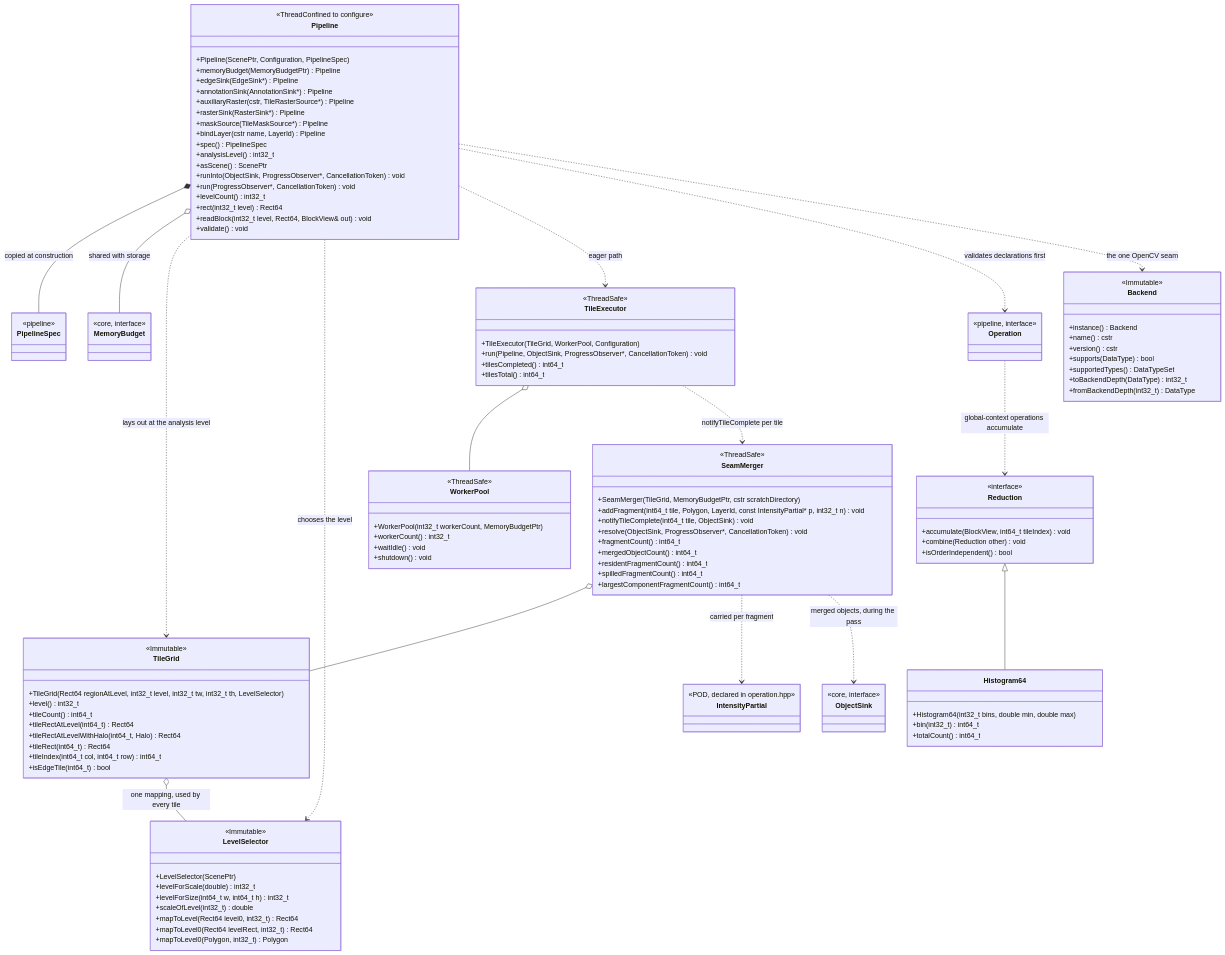
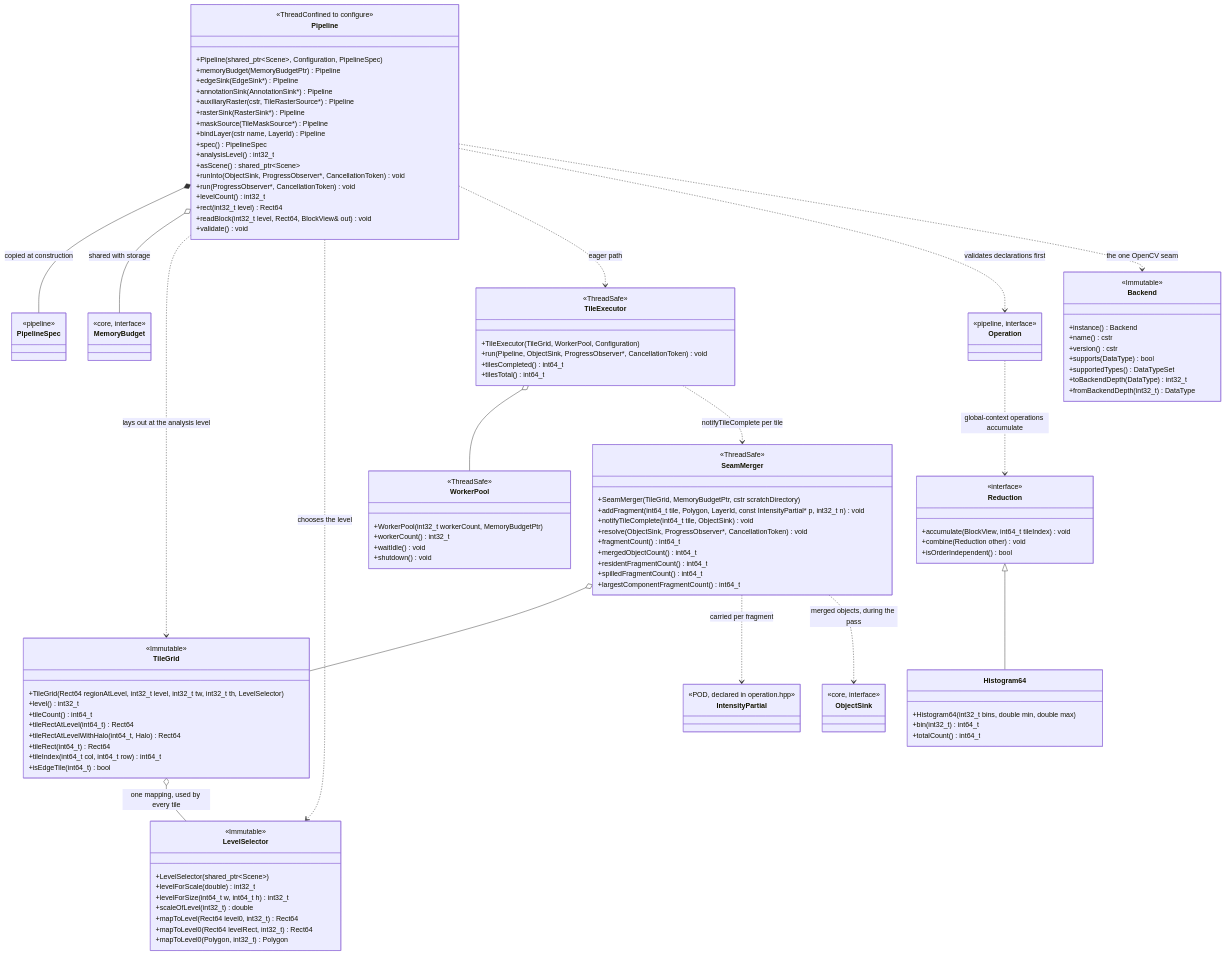
One commit to Booritas/slideio-processor changed diagram 11 of 14 in docs/superpowers/specs/sds/08-class-diagrams.md. Above: the diagram before and after it, drawn with Mermaid. The commit also changed other lines of this file and 11 other files, not shown here.

```diff
--- a/docs/superpowers/specs/sds/08-class-diagrams.md
+++ b/docs/superpowers/specs/sds/08-class-diagrams.md
@@ -1432,7 +1432,7 @@
 
     class Pipeline {
         <<ThreadConfined to configure>>
-        +Pipeline(ScenePtr, Configuration, PipelineSpec)
+        +Pipeline(shared_ptr~Scene~, Configuration, PipelineSpec)
         +memoryBudget(MemoryBudgetPtr) Pipeline
         +edgeSink(EdgeSink*) Pipeline
         +annotationSink(AnnotationSink*) Pipeline
@@ -1442,7 +1442,7 @@
         +bindLayer(cstr name, LayerId) Pipeline
         +spec() PipelineSpec
         +analysisLevel() int32_t
-        +asScene() ScenePtr
+        +asScene() shared_ptr~Scene~
         +runInto(ObjectSink, ProgressObserver*, CancellationToken) void
         +run(ProgressObserver*, CancellationToken) void
         +levelCount() int32_t
@@ -1465,7 +1465,7 @@
 
     class LevelSelector {
         <<Immutable>>
-        +LevelSelector(ScenePtr)
+        +LevelSelector(shared_ptr~Scene~)
         +levelForScale(double) int32_t
         +levelForSize(int64_t w, int64_t h) int32_t
         +scaleOfLevel(int32_t) double
```
